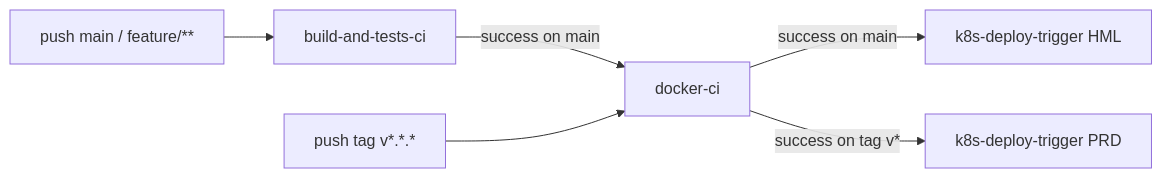
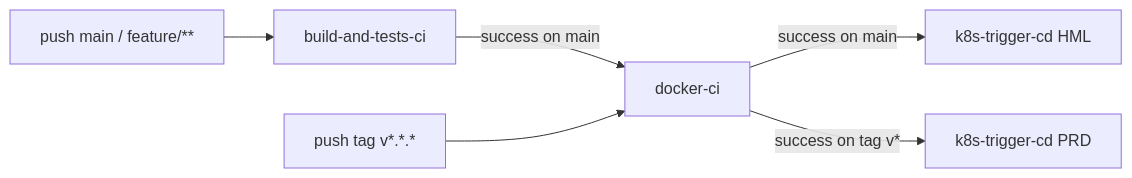
The diagram in docs/ci-cd.md (fiap-challenge-13soat/mecanica-hermes-api-ordem-servico), drawn with Mermaid before and after one commit. The commit also changed other lines of this file and 1 other file, not shown here.

Commit message:
chore: renomear k8s-deploy-trigger.yml para k8s-trigger-cd.yml
Padroniza o sufixo `-cd` para workflows de entrega contínua,
alinhando com a nomenclatura `-ci` usada nos demais workflows.
Documentação em docs/ci-cd.md atualizada.

````diff
--- a/docs/ci-cd.md
+++ b/docs/ci-cd.md
@@ -5,8 +5,8 @@
 ```mermaid
 flowchart LR
     A[push main / feature/**] --> B[build-and-tests-ci]
     B -- success on main --> C[docker-ci]
     D[push tag v*.*.*] --> C
-    C -- success on main --> E[k8s-deploy-trigger HML]
-    C -- success on tag v* --> F[k8s-deploy-trigger PRD]
+    C -- success on main --> E[k8s-trigger-cd HML]
+    C -- success on tag v* --> F[k8s-trigger-cd PRD]
 ```
````
